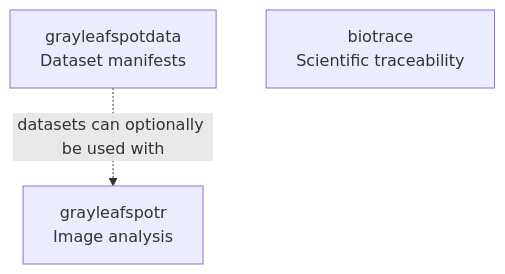
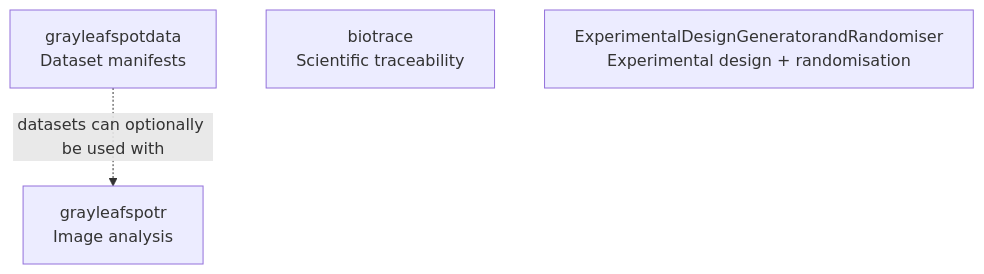
Before and after one commit to rotsl/rotsl.r-universe.dev: the eighth of 9 diagrams in README.md, drawn with Mermaid. The commit also changed other lines of this file, not shown here.

````diff
--- a/README.md
+++ b/README.md
@@ -317,8 +423,9 @@
-```mermaid
+``` mermaid
 flowchart TD
     A["grayleafspotr<br/>Image analysis"]
     B["grayleafspotdata<br/>Dataset manifests"]
     C["biotrace<br/>Scientific traceability"]
+    D["ExperimentalDesignGeneratorandRandomiser<br/>Experimental design + randomisation"]
 
     B -. "datasets can optionally be used with" .-> A
 ```
````
